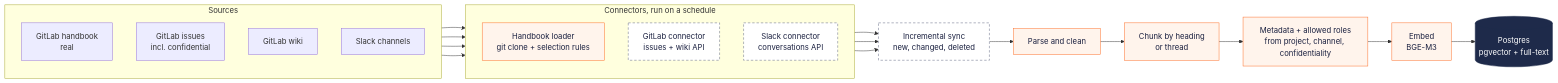
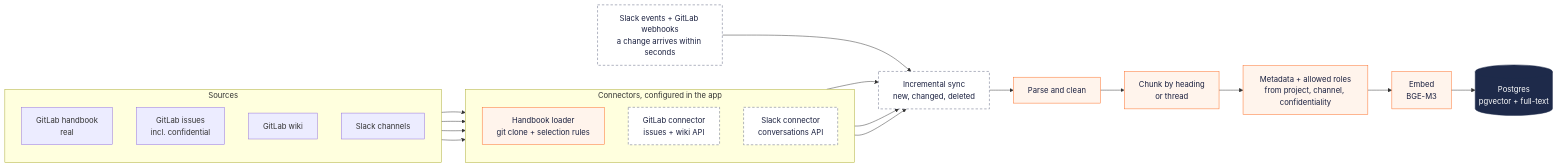
Before and after one commit to shreyamhetre/BrainBase: the first of 3 diagrams in README.md, drawn with Mermaid. The commit also changed other lines of this file and 34 other files, not shown here.

````diff
--- a/README.md
+++ b/README.md
@@ -61,39 +65,40 @@
 ```mermaid
 flowchart LR
     subgraph Sources
         direction TB
         H[GitLab handbook<br/>real]
         I[GitLab issues<br/>incl. confidential]
         W[GitLab wiki]
         S[Slack channels]
     end
 
-    subgraph Connectors[Connectors, run on a schedule]
+    subgraph Connectors[Connectors, configured in the app]
         direction TB
         CH[Handbook loader<br/>git clone + selection rules]
         CG[GitLab connector<br/>issues + wiki API]
         CS[Slack connector<br/>conversations API]
     end
 
     H --> CH
     I --> CG
     W --> CG
     S --> CS
 
     CH --> SY
     CG --> SY
     CS --> SY
+    EV[Slack events + GitLab webhooks<br/>a change arrives within seconds] --> SY
 
     SY[Incremental sync<br/>new, changed, deleted] --> P[Parse and clean]
     P --> C[Chunk by heading<br/>or thread]
     C --> M[Metadata + allowed roles<br/>from project, channel, confidentiality]
     M --> E[Embed<br/>BGE-M3]
     E --> DB[(Postgres<br/>pgvector + full-text)]
 
     classDef store fill:#1e2a4a,stroke:#1e2a4a,color:#ffffff
     classDef built fill:#fff4ec,stroke:#fc6d26,color:#1b2140
     classDef planned fill:#ffffff,stroke:#5d647e,color:#1b2140,stroke-dasharray:5 4
     class DB store
     class CH,P,C,M,E built
-    class CG,CS,SY planned
+    class CG,CS,SY,EV planned
 ```
````
